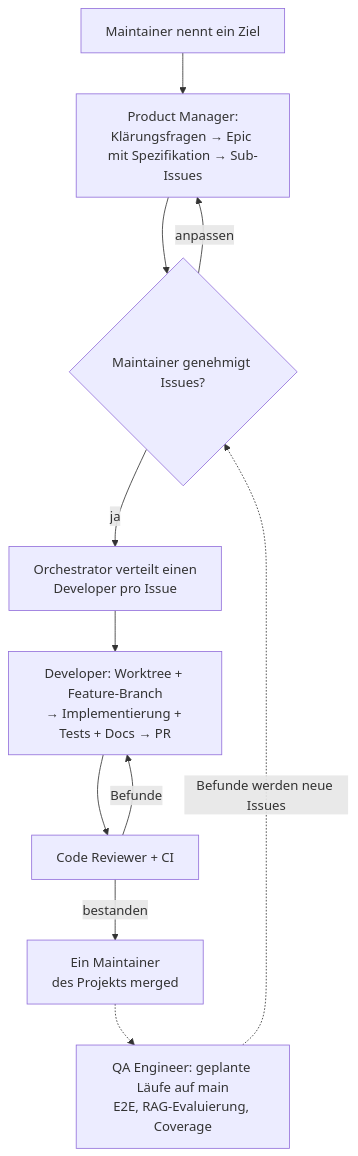
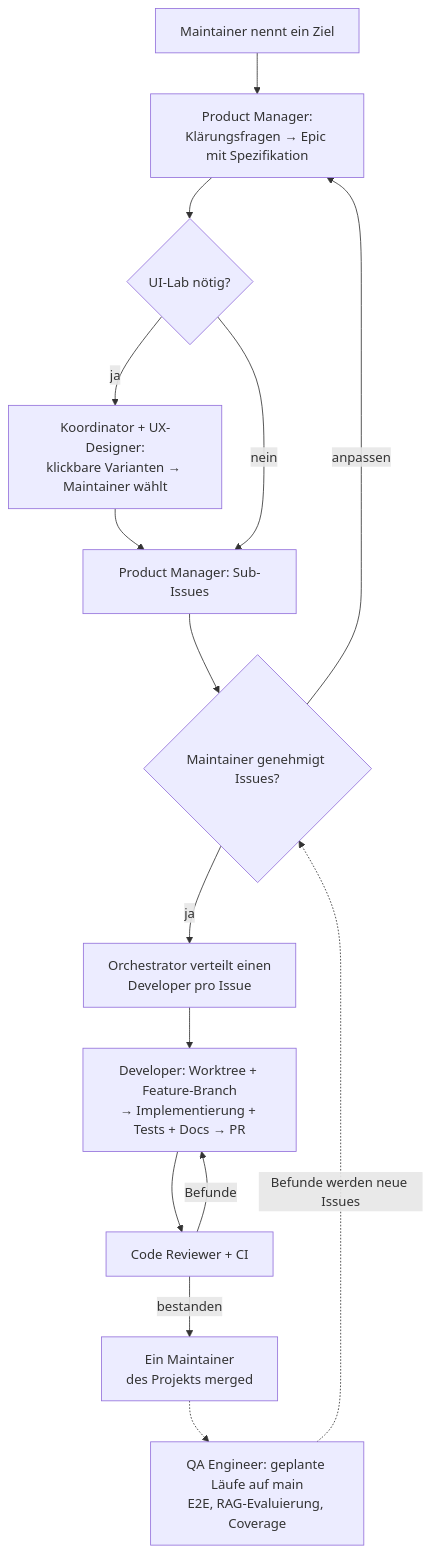
One commit to criew/opaa changed the diagram in docs/AGENT-ORGANIZATION.md. Above: the diagram before and after it, drawn with Mermaid. The commit also changed other lines of this file and 15 other files, not shown here.

First line of the commit message:
docs(agents): Agenten-Konfiguration bereinigen und UX-Designer mit UI-Lab einführen

````diff
--- a/docs/AGENT-ORGANIZATION.md
+++ b/docs/AGENT-ORGANIZATION.md
@@ -73,13 +73,17 @@
 ```mermaid
 flowchart TD
-    A[Maintainer nennt ein Ziel] --> B[Product Manager:\nKlärungsfragen → Epic mit Spezifikation → Sub-Issues]
-    B --> C{Maintainer genehmigt Issues?}
+    A[Maintainer nennt ein Ziel] --> B[Product Manager:\nKlärungsfragen → Epic mit Spezifikation]
+    B --> L{UI-Lab nötig?}
+    L -- ja --> U[Koordinator + UX-Designer:\nklickbare Varianten → Maintainer wählt]
+    U --> S[Product Manager: Sub-Issues]
+    L -- nein --> S
+    S --> C{Maintainer genehmigt Issues?}
     C -- anpassen --> B
     C -- ja --> D[Orchestrator verteilt einen\nDeveloper pro Issue]
     D --> E[Developer: Worktree + Feature-Branch\n→ Implementierung + Tests + Docs → PR]
     E --> F[Code Reviewer + CI]
     F -- Befunde --> E
     F -- bestanden --> G[Ein Maintainer\ndes Projekts merged]
     G -.-> H[QA Engineer: geplante Läufe auf main\nE2E, RAG-Evaluierung, Coverage]
     H -. Befunde werden neue Issues .-> C
 ```
````
